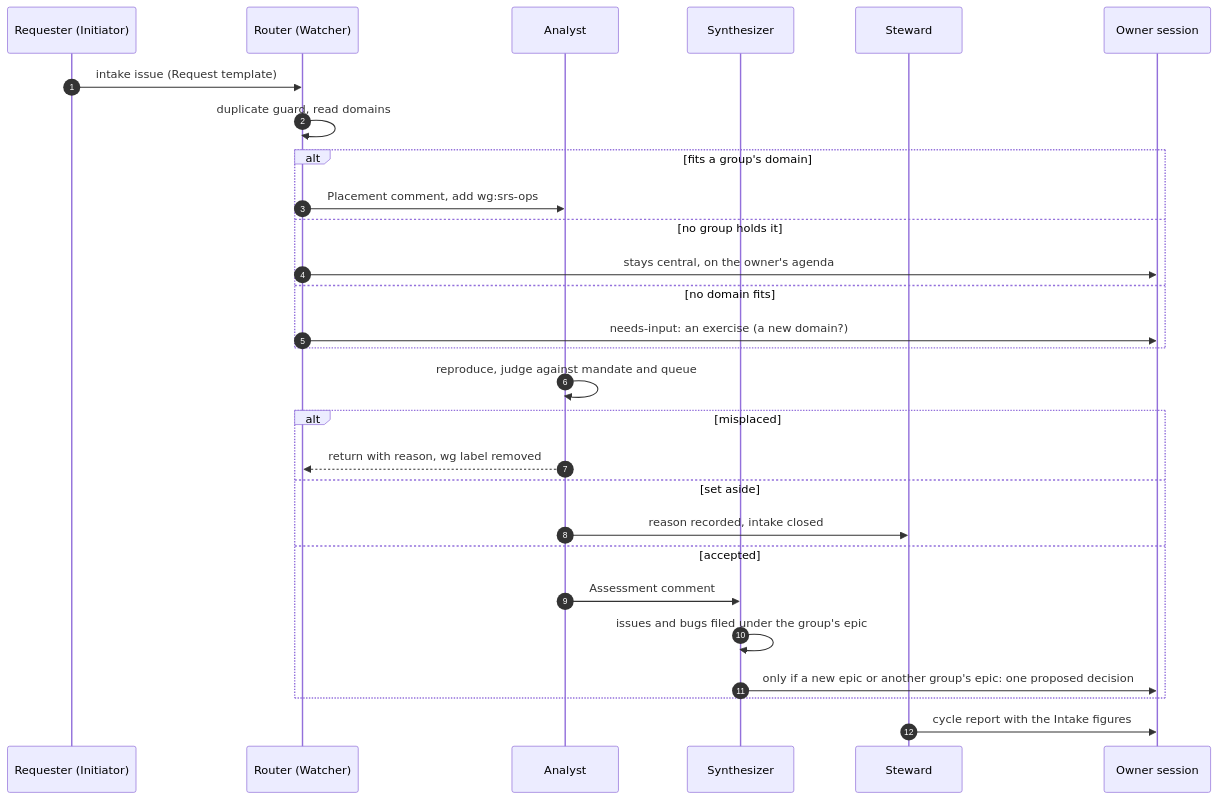
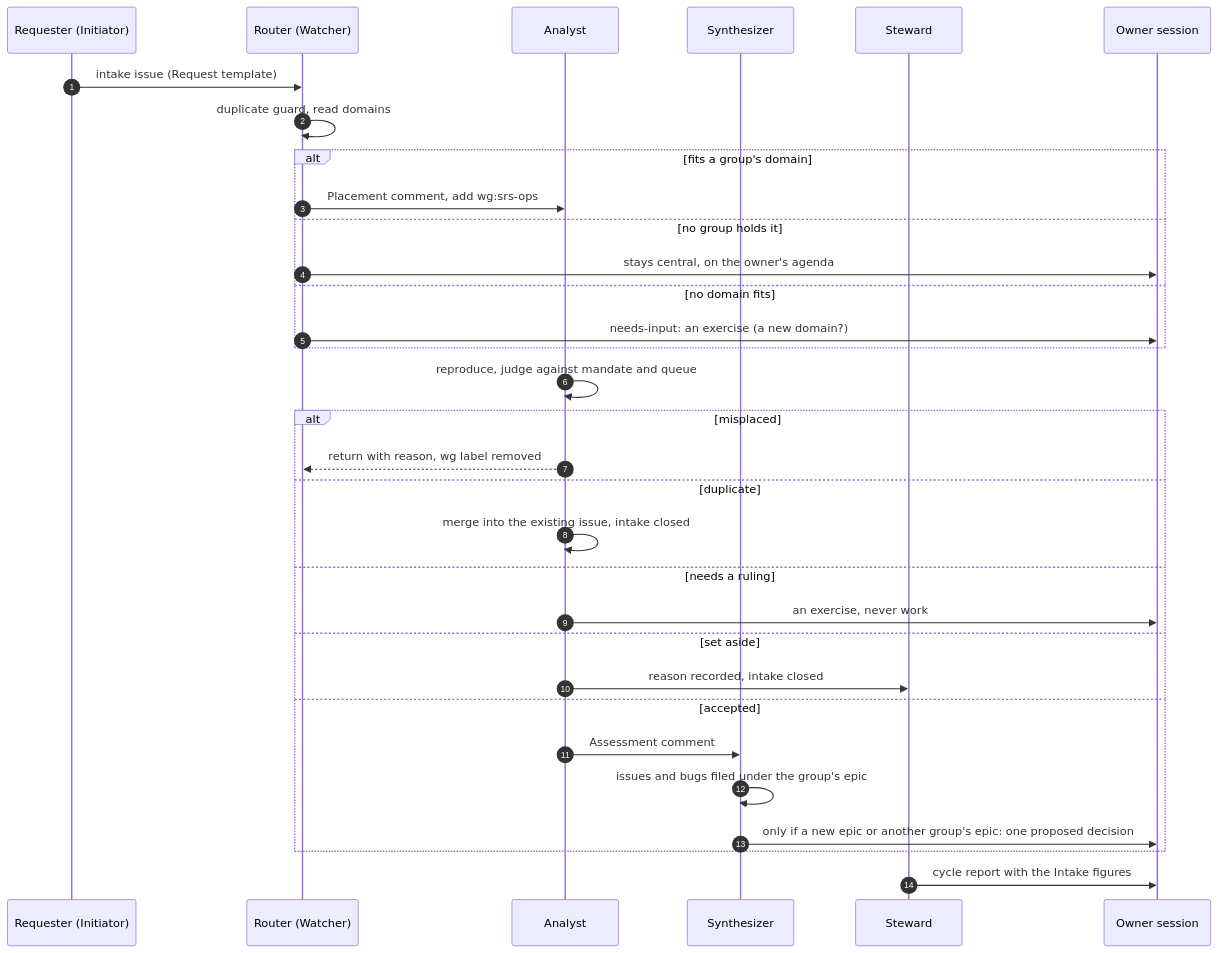
Before and after one commit to the-greenman/clerk: the second of 2 diagrams in plans/wg-srs-operations.md, drawn with Mermaid. The commit also changed other lines of this file and 5 other files, not shown here.

Commit message:
Review fixes: one-thing decisions (D1-D10), charter on trigger, compass orders within derived priority, I5 counts the shadow, scout work is not a request, state and sequence diagrams complete

````diff
--- a/plans/wg-srs-operations.md
+++ b/plans/wg-srs-operations.md
@@ -80,30 +82,34 @@
 ```mermaid
 sequenceDiagram
   autonumber
   participant Q as Requester (Initiator)
   participant W as Router (Watcher)
   participant An as Analyst
   participant Sy as Synthesizer
   participant St as Steward
   participant O as Owner session
   Q->>W: intake issue (Request template)
   W->>W: duplicate guard, read domains
   alt fits a group's domain
     W->>An: Placement comment, add wg:srs-ops
   else no group holds it
     W->>O: stays central, on the owner's agenda
   else no domain fits
     W->>O: needs-input: an exercise (a new domain?)
   end
   An->>An: reproduce, judge against mandate and queue
   alt misplaced
     An-->>W: return with reason, wg label removed
+  else duplicate
+    An->>An: merge into the existing issue, intake closed
+  else needs a ruling
+    An->>O: an exercise, never work
   else set aside
     An->>St: reason recorded, intake closed
   else accepted
     An->>Sy: Assessment comment
     Sy->>Sy: issues and bugs filed under the group's epic
     Sy->>O: only if a new epic or another group's epic: one proposed decision
   end
   St->>O: cycle report with the Intake figures
 ```
````
